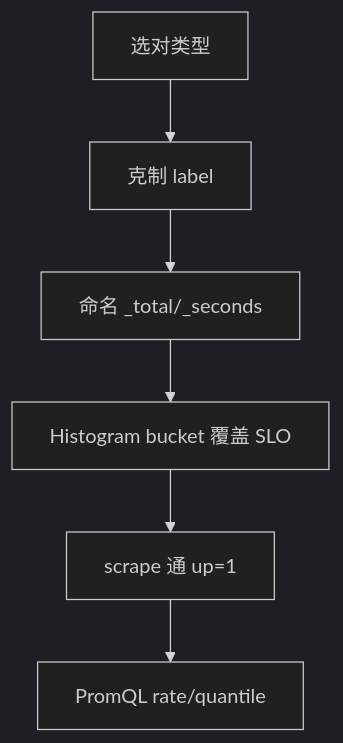
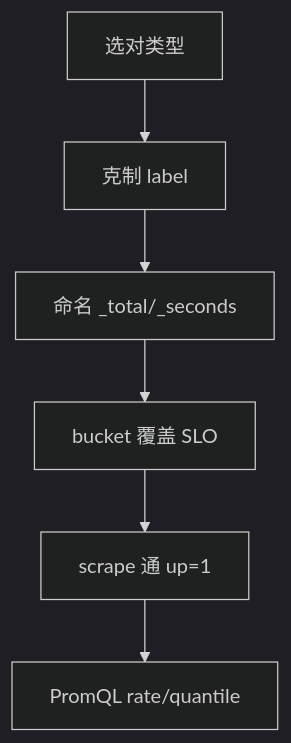
Before and after one commit to ml-cuizijun/LearnToLilith: the third of 4 diagrams in 05-开发能力/03-Go/14-CLI与Prometheus指标/知识点.md, drawn with Mermaid (dark theme). The commit also changed other lines of this file and 178 other files, not shown here.

````diff
--- a/05-开发能力/03-Go/14-CLI与Prometheus指标/知识点.md
+++ b/05-开发能力/03-Go/14-CLI与Prometheus指标/知识点.md
@@ -392,8 +392,8 @@
 ```mermaid
 flowchart TD
     T["选对类型"] --> L["克制 label"]
     L --> N["命名 _total/_seconds"]
-    N --> B["Histogram bucket 覆盖 SLO"]
+    N --> B["bucket 覆盖 SLO"]
     B --> S["scrape 通 up=1"]
     S --> Q["PromQL rate/quantile"]
 ```
````
